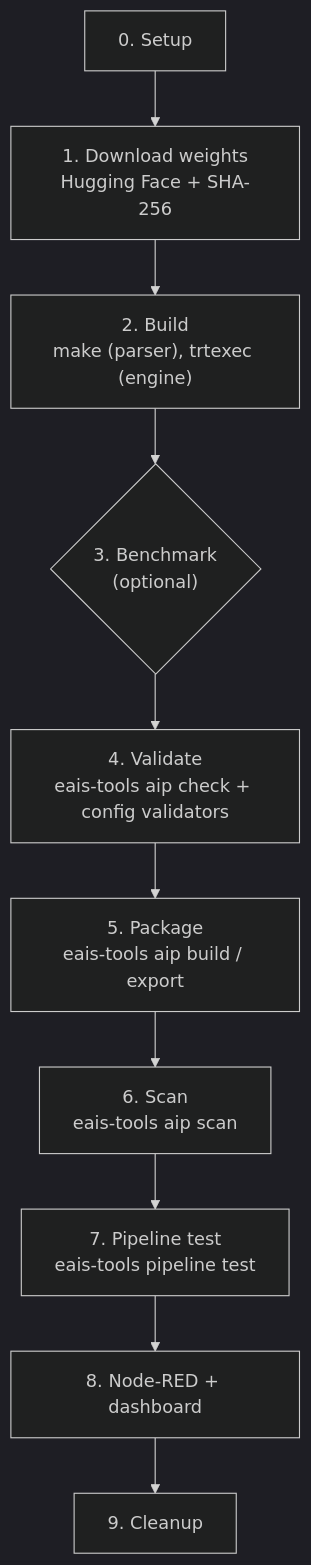
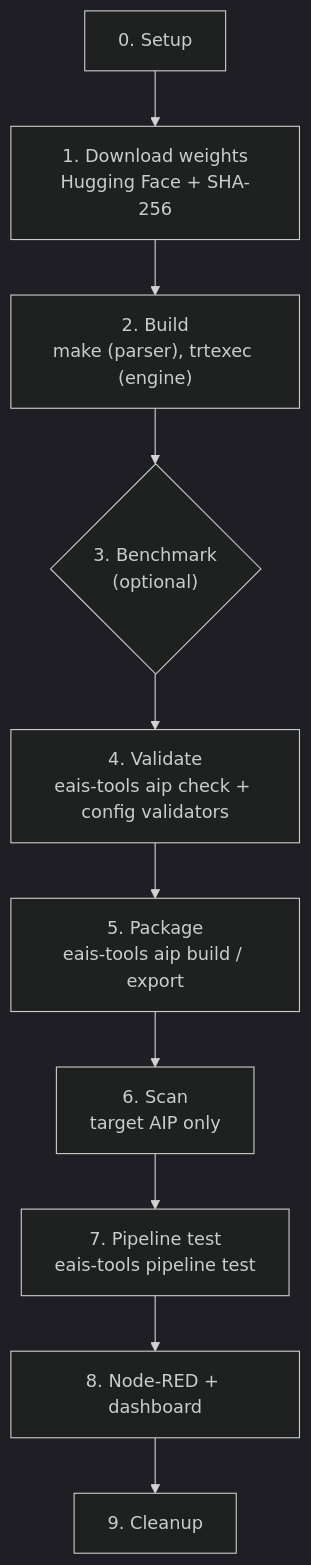
Before and after one commit to edge-ai/AIPV1EMI0001: the second of 2 diagrams in README.md, drawn with Mermaid (dark theme). The commit also changed other lines of this file and 3 other files, not shown here.

````diff
--- a/README.md
+++ b/README.md
@@ -85,12 +85,12 @@
 ```mermaid
 flowchart TD
     S0["0. Setup"] --> S1["1. Download weights<br/>Hugging Face + SHA-256"]
     S1 --> S2["2. Build<br/>make (parser), trtexec (engine)"]
     S2 --> S3{"3. Benchmark<br/>(optional)"}
     S3 --> S4["4. Validate<br/>eais-tools aip check + config validators"]
     S4 --> S5["5. Package<br/>eais-tools aip build / export"]
-    S5 --> S6["6. Scan<br/>eais-tools aip scan"]
+    S5 --> S6["6. Scan<br/>target AIP only"]
     S6 --> S7["7. Pipeline test<br/>eais-tools pipeline test"]
     S7 --> S8["8. Node-RED + dashboard"]
     S8 --> S9["9. Cleanup"]
 ```
````
